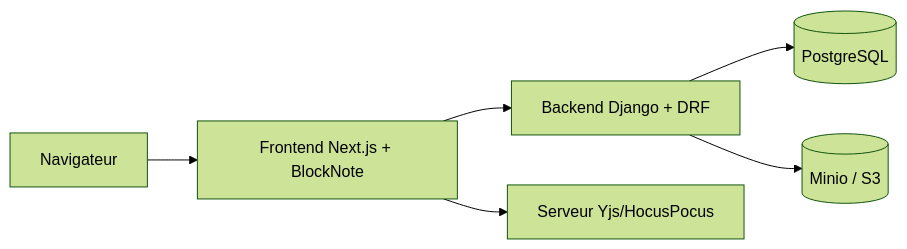
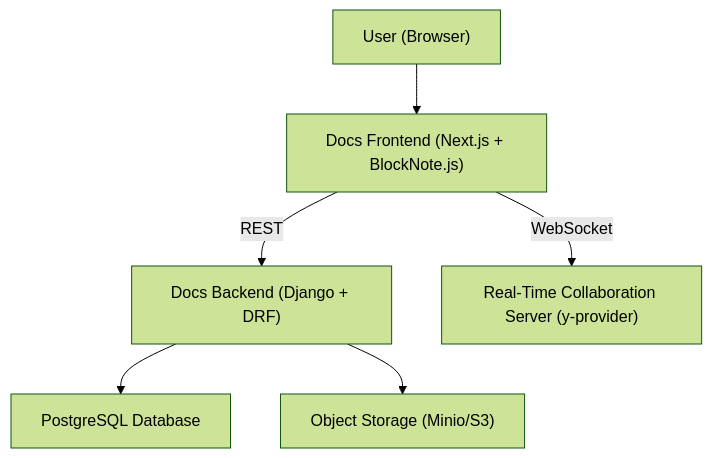
One commit to floSa/Veille-Repo changed the diagram in veille/.data/fiches/suitenumerique__docs.md. Above: the diagram before and after it, drawn with Mermaid (forest theme). The commit also changed other lines of this file and 1330 other files, not shown here.

First line of the commit message:
Mise à jour du catalogue : 7723 fiches, 7291 diagrammes

````diff
--- a/veille/.data/fiches/suitenumerique__docs.md
+++ b/veille/.data/fiches/suitenumerique__docs.md
@@ -27,8 +27,8 @@
 ```mermaid
-flowchart LR
-  U[Navigateur] --> FE[Frontend Next.js + BlockNote]
-  FE --> BE[Backend Django + DRF]
-  FE --> RT[Serveur Yjs/HocusPocus]
-  BE --> PG[(PostgreSQL)]
-  BE --> S3[(Minio / S3)]
+flowchart TD
+  U["User (Browser)"] --> FE["Docs Frontend (Next.js + BlockNote.js)"]
+  FE -->|REST| BE["Docs Backend (Django + DRF)"]
+  FE -->|WebSocket| RT["Real-Time Collaboration Server (y-provider)"]
+  BE --> DB["PostgreSQL Database"]
+  BE --> OS["Object Storage (Minio/S3)"]
 ```
````
